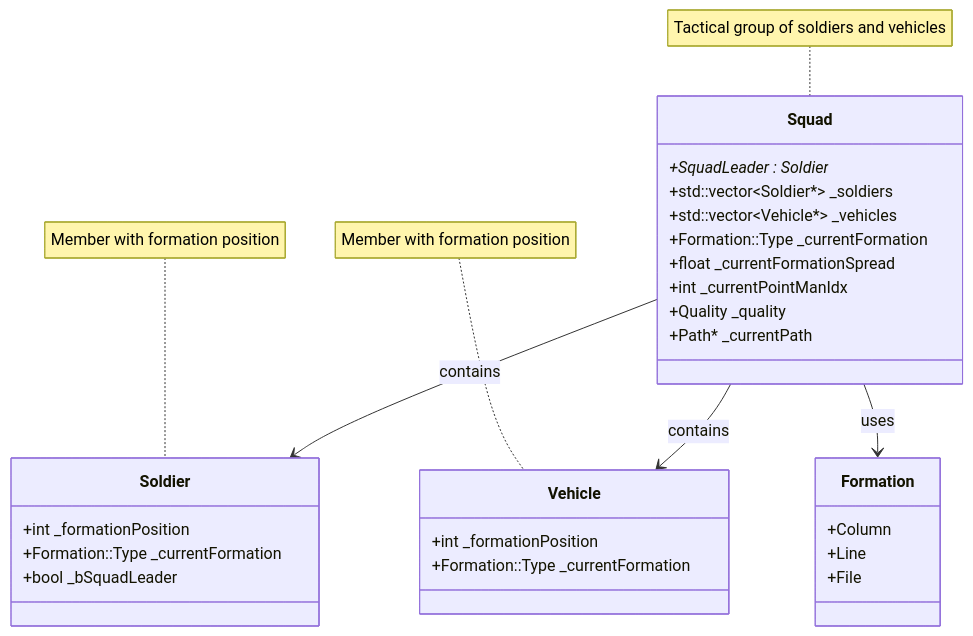
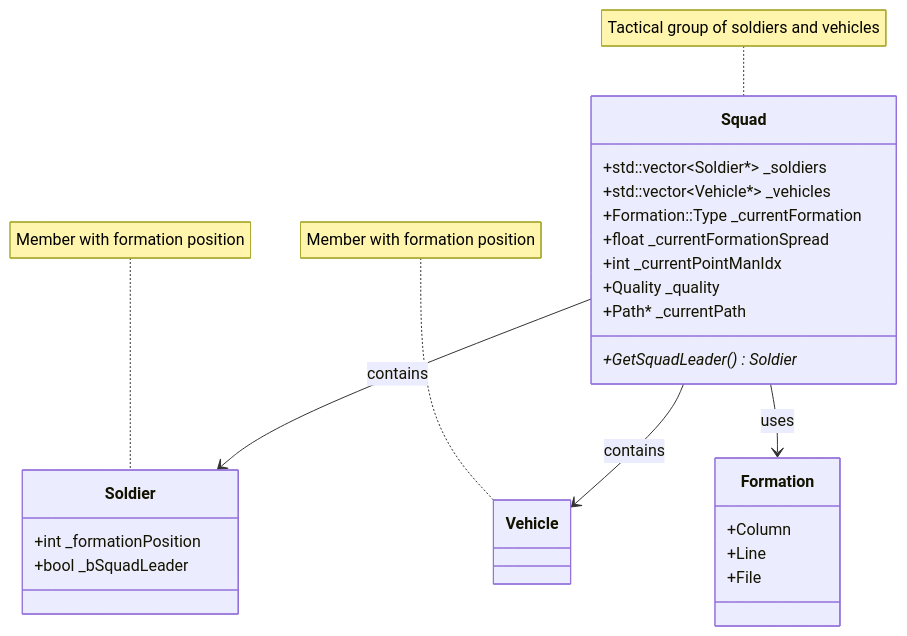
Before and after one commit to jukofyork/OpenCombat-SDL: the fourth of 5 diagrams in docs/chapters/02-object-system.md, drawn with Mermaid. The commit also changed other lines of this file and 11 other files, not shown here.

````diff
--- a/docs/chapters/02-object-system.md
+++ b/docs/chapters/02-object-system.md
@@ -472,38 +488,35 @@
 ```mermaid
 classDiagram
     class Squad {
-        +SquadLeader : Soldier*
+        +GetSquadLeader() Soldier*
         +std::vector~Soldier*~ _soldiers
         +std::vector~Vehicle*~ _vehicles
         +Formation::Type _currentFormation
         +float _currentFormationSpread
         +int _currentPointManIdx
         +Quality _quality
         +Path* _currentPath
     }
     
     class Soldier {
         +int _formationPosition
-        +Formation::Type _currentFormation
         +bool _bSquadLeader
     }
     
     class Vehicle {
-        +int _formationPosition
-        +Formation::Type _currentFormation
     }
     
     class Formation {
         +Column
         +Line
         +File
     }
     
     Squad --> Soldier : contains
     Squad --> Vehicle : contains
     Squad --> Formation : uses
     
     note for Squad "Tactical group of soldiers and vehicles"
     note for Soldier "Member with formation position"
     note for Vehicle "Member with formation position"
 ```
````
